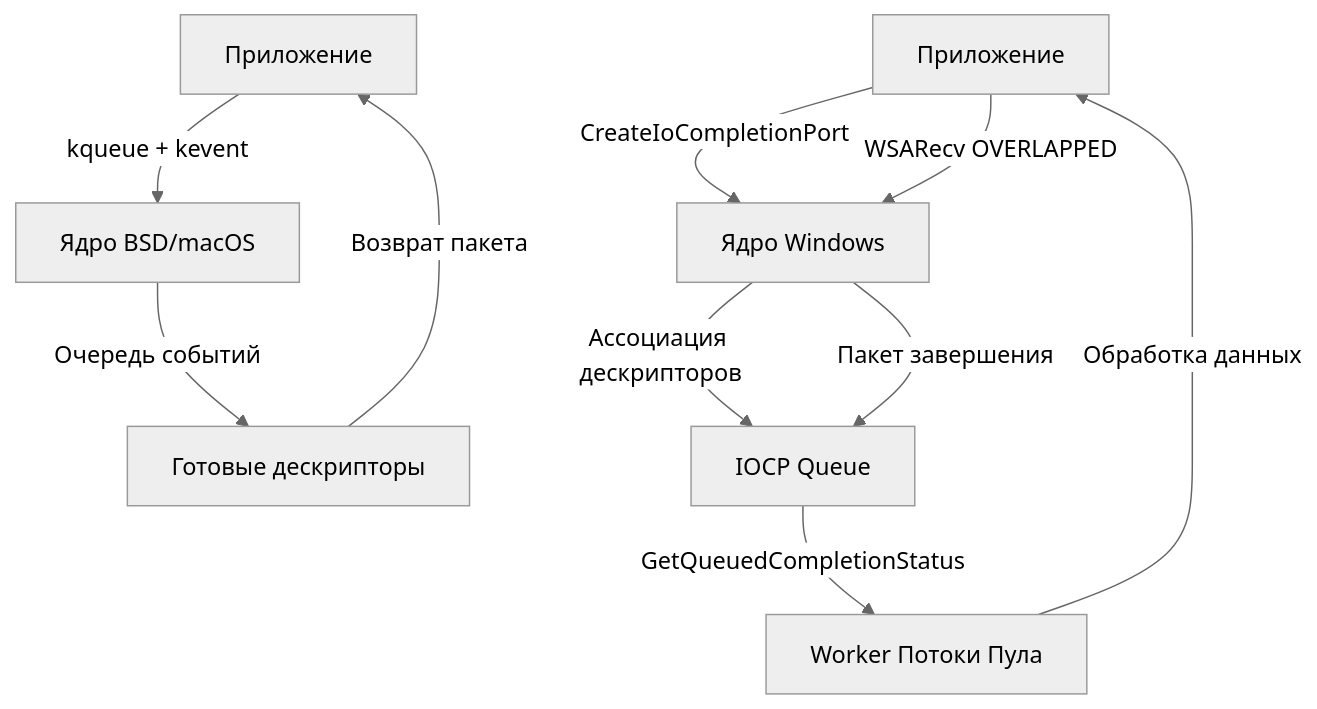
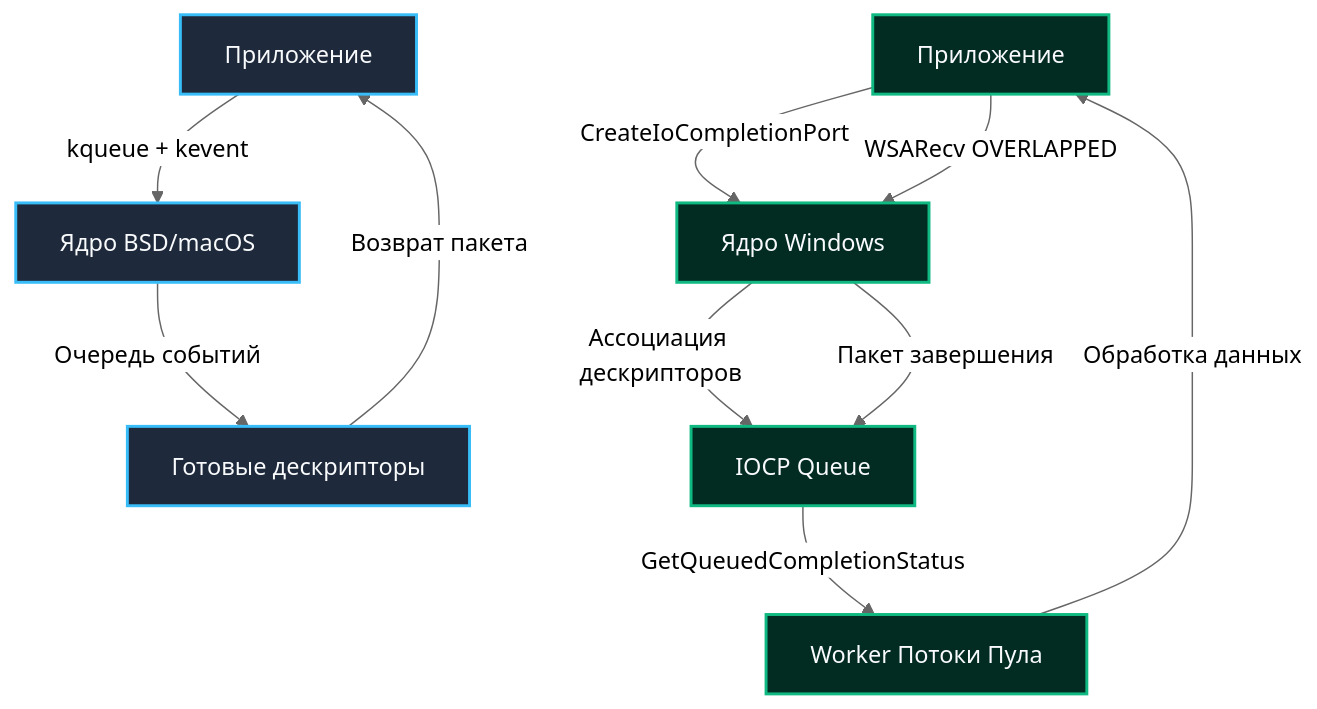
Before and after one commit to UnrealTemplier/go-textbook: the fourth of 5 diagrams in sources/2. Устройство и работа ОС/37. kqueue и IOCP. Чем отличаются BSD и Windows.md, drawn with Mermaid (neutral theme). The commit also changed other lines of this file, not shown here.

````diff
--- a/sources/2. Устройство и работа ОС/37. kqueue и IOCP. Чем отличаются BSD и Windows.md
+++ b/sources/2. Устройство и работа ОС/37. kqueue и IOCP. Чем отличаются BSD и Windows.md
@@ -48,13 +152,19 @@
 ```mermaid
 flowchart TD
     A[Приложение] -->|kqueue + kevent| B[Ядро BSD/macOS]
     B -->|Очередь событий| C[Готовые дескрипторы]
     C -->|Возврат пакета| A
     
     D[Приложение] -->|CreateIoCompletionPort| E[Ядро Windows]
     E -->|Ассоциация дескрипторов| F[IOCP Queue]
     D -->|WSARecv OVERLAPPED| E
     E -->|Пакет завершения| F
     F -->|GetQueuedCompletionStatus| G[Worker Потоки Пула]
     G -->|Обработка данных| D
+
+    classDef bsd fill:#1e293b,stroke:#38bdf8,stroke-width:2px,color:#f8fafc;
+    classDef win fill:#022c22,stroke:#10b981,stroke-width:2px,color:#f8fafc;
+
+    class A,B,C bsd;
+    class D,E,F,G win;
 ```
````
